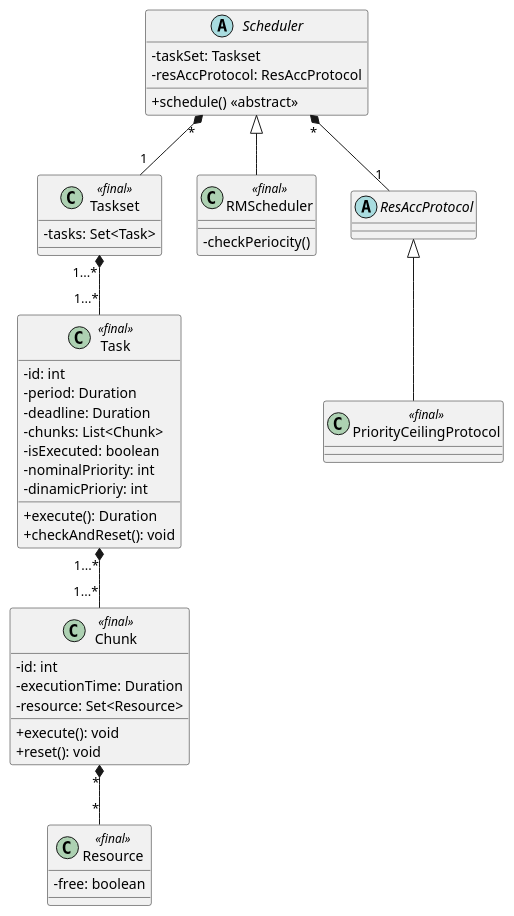
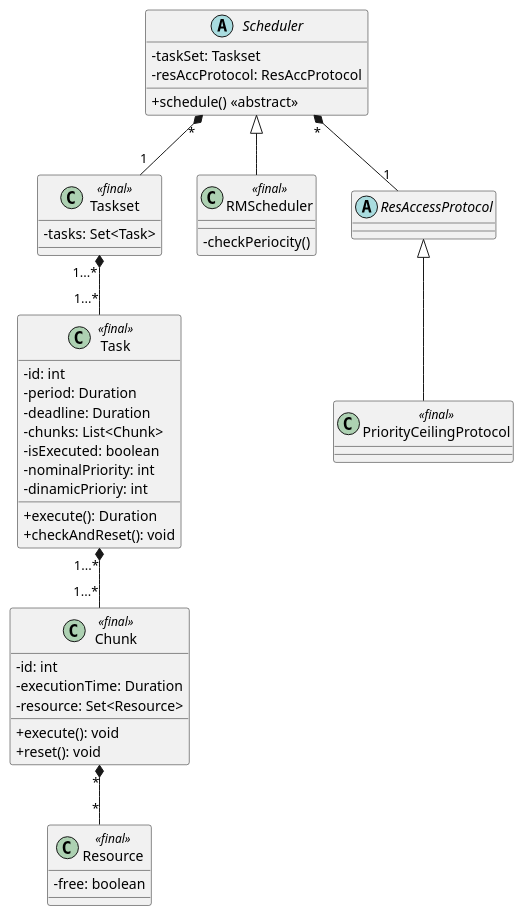
Before and after one commit to edoardosarri24/real-time-scheduling-simulator: the diagram in class diagram.puml, drawn with PlantUML. The commit also changed 7 other files, not shown here.

```diff
--- a/class diagram.puml
+++ b/class diagram.puml
@@ -1,58 +1,58 @@
 @startuml Analisi
 skinparam classAttributeIconSize 0
 
 ' classi
 class Task <<final>> {
     - id: int
     - period: Duration
     - deadline: Duration
     - chunks: List<Chunk>
     - isExecuted: boolean
     - nominalPriority: int
     - dinamicPrioriy: int
     + execute(): Duration
     + checkAndReset(): void
 }
 
 class Chunk <<final>> {
     - id: int
     - executionTime: Duration
     - resource: Set<Resource>
     + execute(): void
     + reset(): void
 }
 
 class Taskset <<final>> {
     - tasks: Set<Task>
 }
 
 class Resource <<final>> {
     - free: boolean
 }
 
 abstract class Scheduler {
     - taskSet: Taskset
     - resAccProtocol: ResAccProtocol
     + schedule() <<abstract>>
 }
 
 class RMScheduler <<final>> {
     - checkPeriocity()
 }
 
-abstract class ResAccProtocol {
+abstract class ResAccessProtocol {
 }
 
 class PriorityCeilingProtocol <<final>> {
 }
 
 ' relazioni
 Task "1...*" *-- "1...*" Chunk
 Taskset "1...*" *-- "1...*" Task
 Chunk "*" *-- "*" Resource
 Scheduler <|-- RMScheduler
 Scheduler "*" *-- "1" Taskset
-ResAccProtocol <|-- PriorityCeilingProtocol
-Scheduler "*" *-- "1" ResAccProtocol
+ResAccessProtocol <|-- PriorityCeilingProtocol
+Scheduler "*" *-- "1" ResAccessProtocol
 
 @enduml
```
